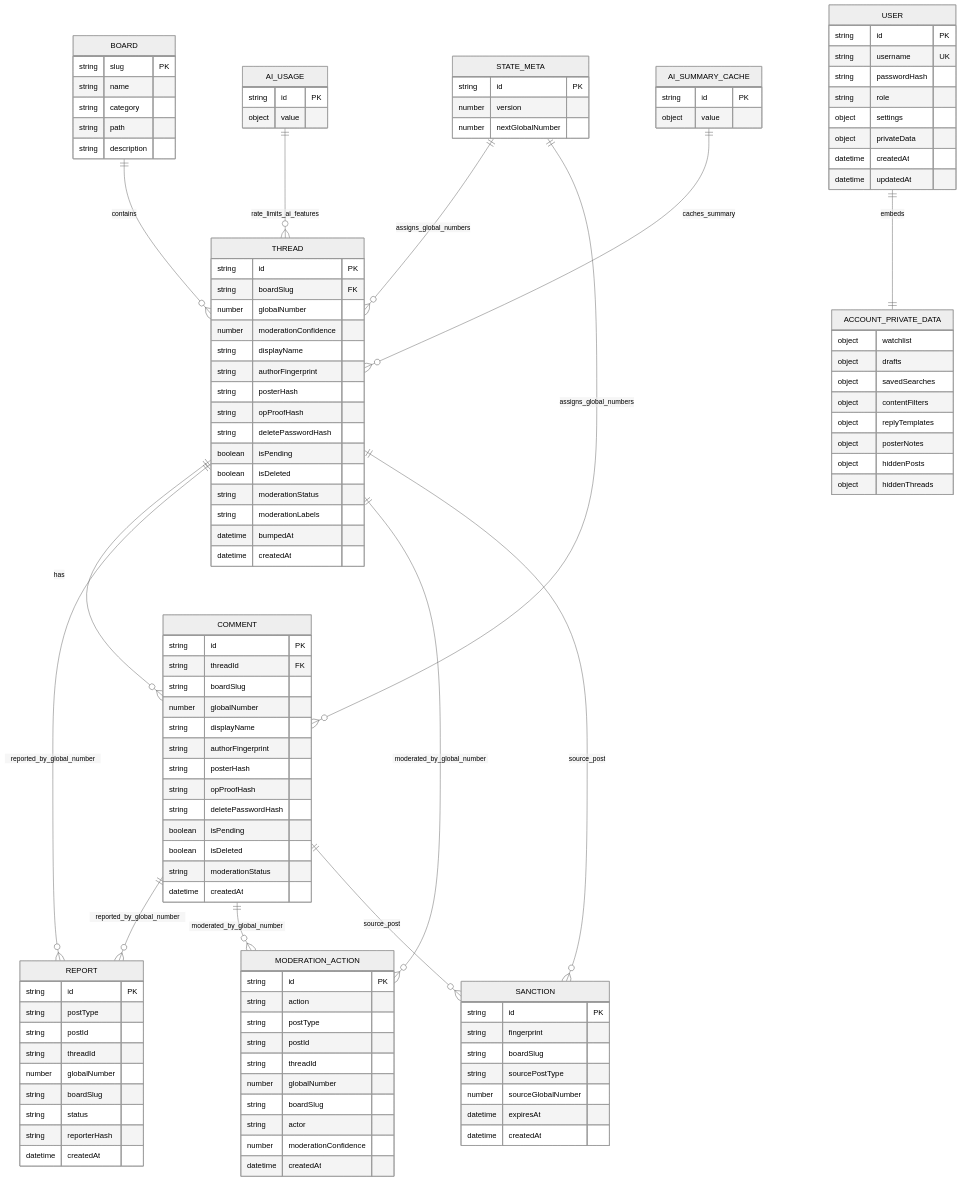
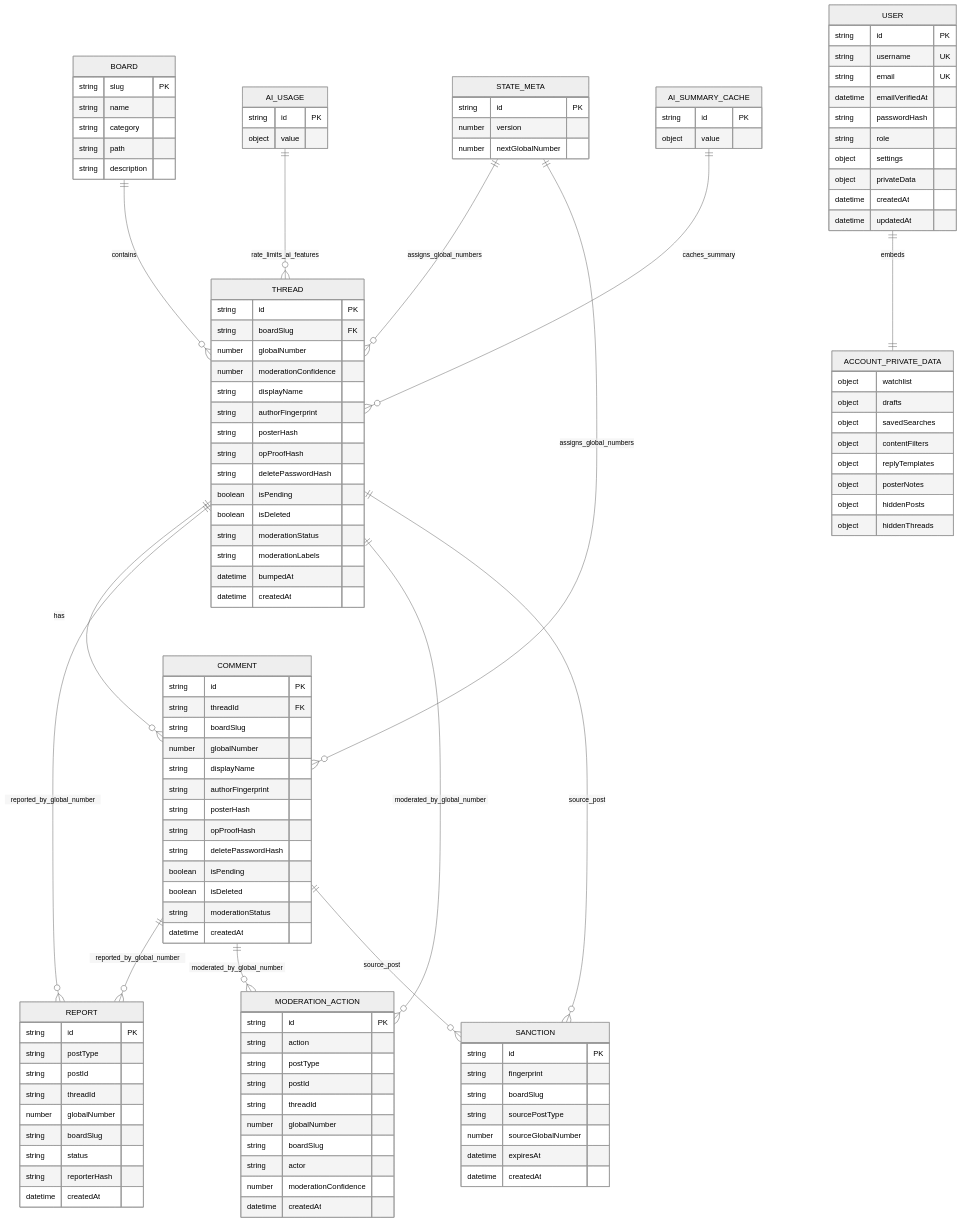
Before and after one commit to HIepNgoc2006/web-forum: the first of 4 diagrams in README.md, drawn with Mermaid (neutral theme). The commit also changed other lines of this file and 142 other files, not shown here.

```diff
--- a/README.md
+++ b/README.md
@@ -229,6 +251,8 @@
   USER {
     string id PK
     string username UK
+    string email UK
+    datetime emailVerifiedAt
     string passwordHash
     string role
     object settings
```
